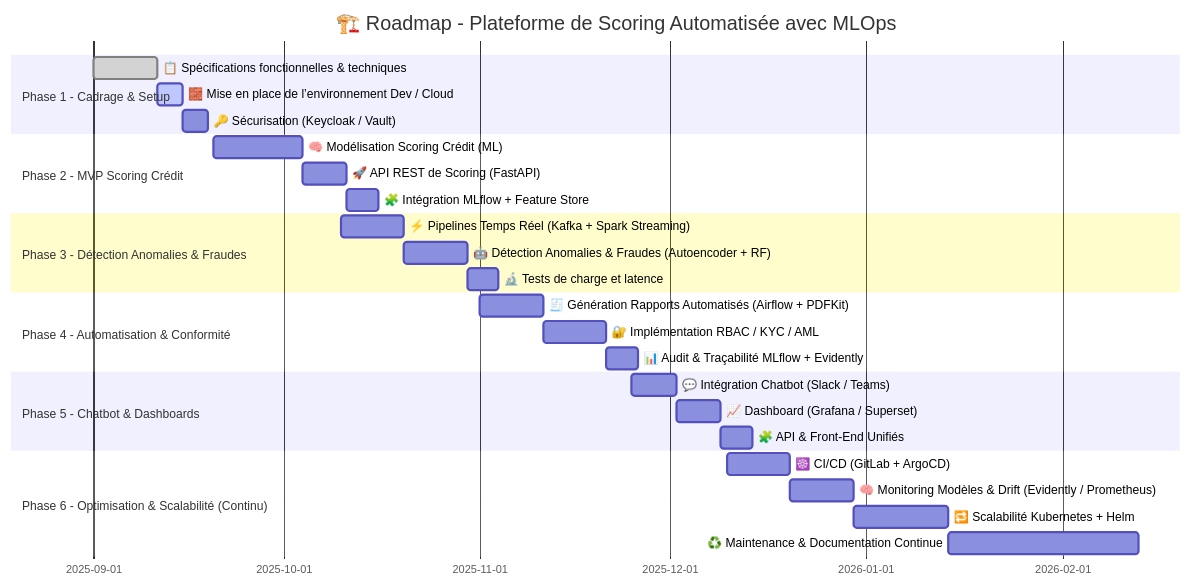
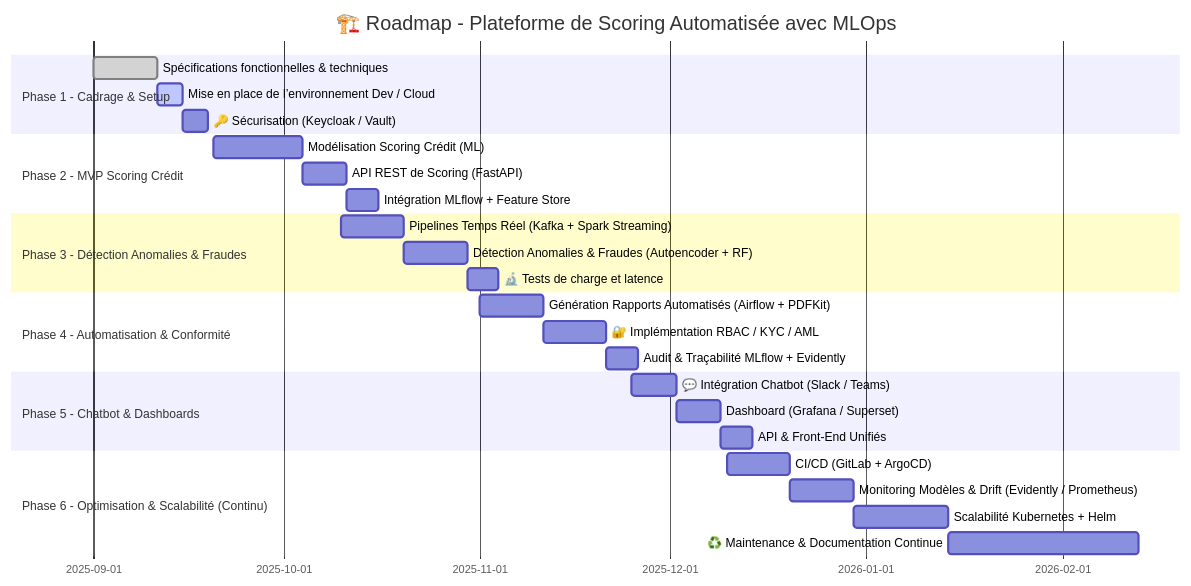
Before and after one commit to SalimM21/Plateforme-de-Scoring-Automatiser-avec-MLOps-Complet: the second of 2 diagrams in README.md, drawn with Mermaid. The commit also changed other lines of this file, not shown here.

Commit message:
Synchronisation automatique des sous-modules

````diff
--- a/README.md
+++ b/README.md
@@ -148,36 +148,36 @@
 ```mermaid
 gantt
     title 🏗️ Roadmap - Plateforme de Scoring Automatisée avec MLOps
     dateFormat  YYYY-MM-DD
     section Phase 1 - Cadrage & Setup
-    📋 Spécifications fonctionnelles & techniques       :done,   p1a, 2025-09-01, 10d
-    🧱 Mise en place de l’environnement Dev / Cloud     :active, p1b, after p1a, 4d
+     Spécifications fonctionnelles & techniques       :done,   p1a, 2025-09-01, 10d
+     Mise en place de l’environnement Dev / Cloud     :active, p1b, after p1a, 4d
     🔑 Sécurisation (Keycloak / Vault)                  : p1c, after p1b, 4d
 
     section Phase 2 - MVP Scoring Crédit
-    🧠 Modélisation Scoring Crédit (ML)                 : p2a, 2025-09-20, 14d
-    🚀 API REST de Scoring (FastAPI)                   : p2b, after p2a, 7d
-    🧩 Intégration MLflow + Feature Store               : p2c, after p2b, 5d
+     Modélisation Scoring Crédit (ML)                 : p2a, 2025-09-20, 14d
+     API REST de Scoring (FastAPI)                   : p2b, after p2a, 7d
+     Intégration MLflow + Feature Store               : p2c, after p2b, 5d
 
     section Phase 3 - Détection Anomalies & Fraudes
-    ⚡ Pipelines Temps Réel (Kafka + Spark Streaming)   : p3a, 2025-10-10, 10d
-    🤖 Détection Anomalies & Fraudes (Autoencoder + RF) : p3b, after p3a, 10d
+     Pipelines Temps Réel (Kafka + Spark Streaming)   : p3a, 2025-10-10, 10d
+     Détection Anomalies & Fraudes (Autoencoder + RF) : p3b, after p3a, 10d
     🔬 Tests de charge et latence                      : p3c, after p3b, 5d
 
     section Phase 4 - Automatisation & Conformité
-    🧾 Génération Rapports Automatisés (Airflow + PDFKit): p4a, 2025-11-01, 10d
+     Génération Rapports Automatisés (Airflow + PDFKit): p4a, 2025-11-01, 10d
     🔐 Implémentation RBAC / KYC / AML                 : p4b, after p4a, 10d
-    📊 Audit & Traçabilité MLflow + Evidently           : p4c, after p4b, 5d
+     Audit & Traçabilité MLflow + Evidently           : p4c, after p4b, 5d
 
     section Phase 5 - Chatbot & Dashboards
     💬 Intégration Chatbot (Slack / Teams)              : p5a, 2025-11-25, 7d
-    📈 Dashboard (Grafana / Superset)                   : p5b, after p5a, 7d
-    🧩 API & Front-End Unifiés                          : p5c, after p5b, 5d
+     Dashboard (Grafana / Superset)                   : p5b, after p5a, 7d
+     API & Front-End Unifiés                          : p5c, after p5b, 5d
 
     section Phase 6 - Optimisation & Scalabilité (Continu)
-    ☸️ CI/CD (GitLab + ArgoCD)                          : p6a, 2025-12-10, 10d
-    🧠 Monitoring Modèles & Drift (Evidently / Prometheus): p6b, after p6a, 10d
-    🔁 Scalabilité Kubernetes + Helm                    : p6c, after p6b, 15d
+    CI/CD (GitLab + ArgoCD)                          : p6a, 2025-12-10, 10d
+     Monitoring Modèles & Drift (Evidently / Prometheus): p6b, after p6a, 10d
+     Scalabilité Kubernetes + Helm                    : p6c, after p6b, 15d
     ♻️ Maintenance & Documentation Continue             : p6d, after p6c, 30d
 
 ```
````
